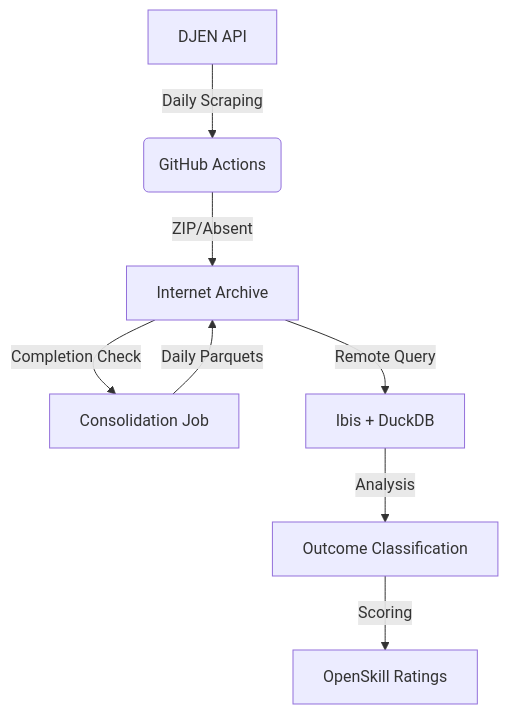
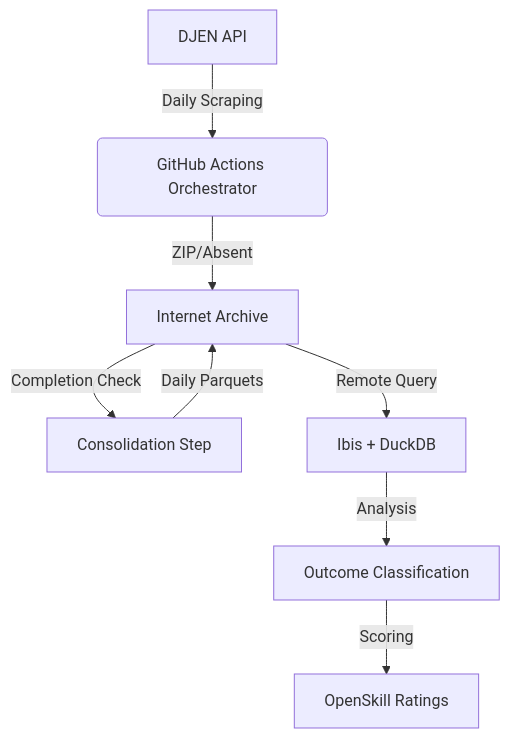
The diagram in docs/ARCHITECTURE.md (franklinbaldo/causaganha), drawn with Mermaid before and after one commit. The commit also changed other lines of this file and 25 other files, not shown here.

````diff
--- a/docs/ARCHITECTURE.md
+++ b/docs/ARCHITECTURE.md
@@ -7,10 +7,10 @@
 ```mermaid
 graph TD
-    A[DJEN API] -->|Daily Scraping| B(GitHub Actions)
+    A[DJEN API] -->|Daily Scraping| B(GitHub Actions Orchestrator)
     B -->|ZIP/Absent| C[Internet Archive]
-    C -->|Completion Check| D[Consolidation Job]
+    C -->|Completion Check| D[Consolidation Step]
     D -->|Daily Parquets| C
     C -->|Remote Query| E[Ibis + DuckDB]
     E -->|Analysis| F[Outcome Classification]
     F -->|Scoring| G[OpenSkill Ratings]
 ```
````
